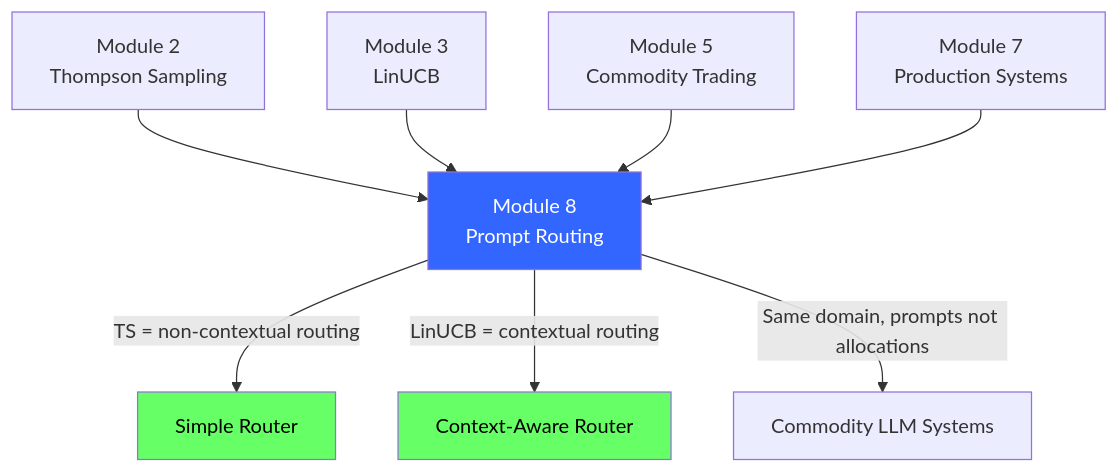
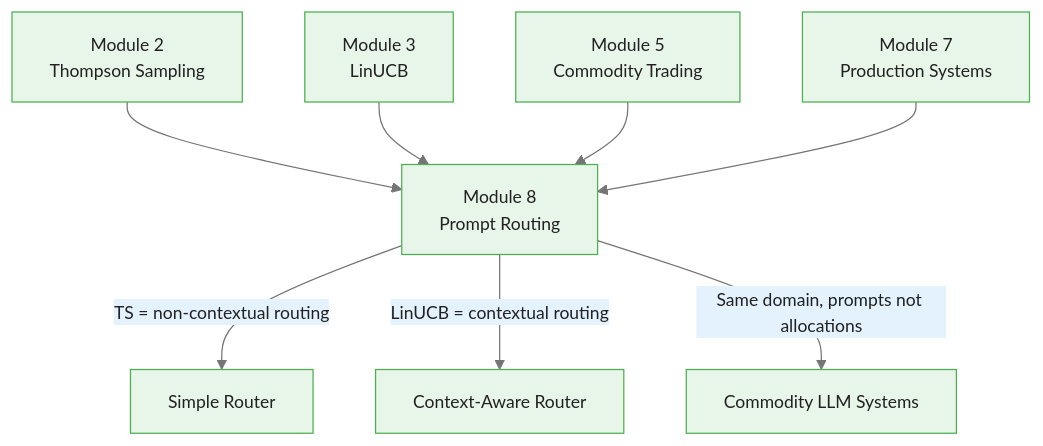
One commit to m-deane/course-creator changed the third of 4 diagrams in courses/multi-armed-bandits-ab-testing/modules/module_08_prompt_routing_bandits/guides/cheatsheet_slides.md. Above: the diagram before and after it, drawn with Mermaid. The commit also changed other lines of this file and 146 other files, not shown here.

````diff
--- a/courses/multi-armed-bandits-ab-testing/modules/module_08_prompt_routing_bandits/guides/cheatsheet_slides.md
+++ b/courses/multi-armed-bandits-ab-testing/modules/module_08_prompt_routing_bandits/guides/cheatsheet_slides.md
@@ -245,15 +284,12 @@
 ```mermaid
+%%{init: {"theme": "base", "themeVariables": {"primaryColor": "#e8f5e9", "primaryBorderColor": "#4caf50", "primaryTextColor": "#212121", "secondaryColor": "#e3f2fd", "tertiaryColor": "#fff8e1", "lineColor": "#757575", "fontFamily": "Inter, sans-serif", "fontSize": "14px"}}}%%
 flowchart TD
     M2["Module 2<br/>Thompson Sampling"] --> M8["Module 8<br/>Prompt Routing"]
     M3["Module 3<br/>LinUCB"] --> M8
     M5["Module 5<br/>Commodity Trading"] --> M8
     M7["Module 7<br/>Production Systems"] --> M8
 
     M8 --> |"TS = non-contextual routing"| TS_c["Simple Router"]
     M8 --> |"LinUCB = contextual routing"| LU_c["Context-Aware Router"]
     M8 --> |"Same domain, prompts not allocations"| Domain["Commodity LLM Systems"]
-
-    style M8 fill:#36f,color:#fff
-    style TS_c fill:#6f6,color:#000
-    style LU_c fill:#6f6,color:#000
 ```
````
